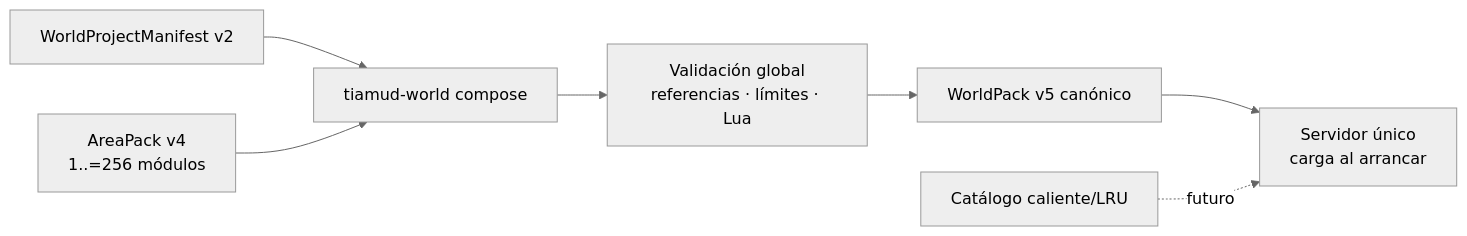
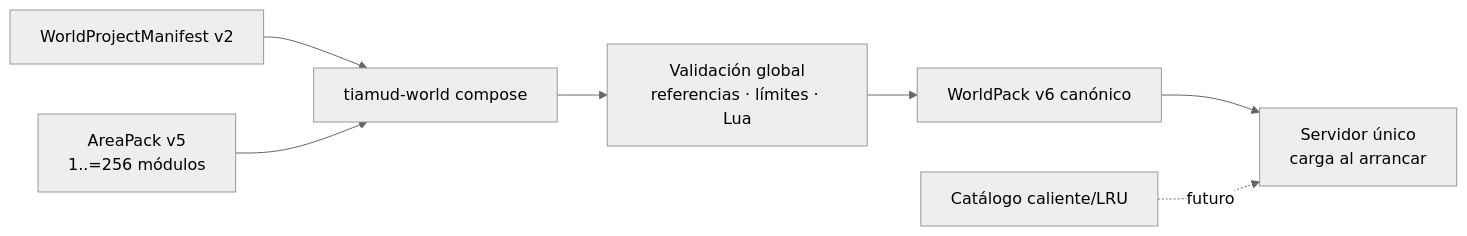
Before and after one commit to hyukudan/tiamud: the first of 2 diagrams in docs/world-authoring.md, drawn with Mermaid (neutral theme). The commit also changed other lines of this file and 46 other files, not shown here.

````diff
--- a/docs/world-authoring.md
+++ b/docs/world-authoring.md
@@ -31,12 +31,12 @@
 ```mermaid
 flowchart LR
     accTitle: Flujo vigente de autoría modular de Tiamud
     accDescr: Las áreas se componen y validan fuera de línea para producir un solo WorldPack canónico que el servidor carga al arrancar. No existe carga caliente.
 
     Project[WorldProjectManifest v2] --> Compose[tiamud-world compose]
-    Areas[AreaPack v4<br/>1..=256 módulos] --> Compose
+    Areas[AreaPack v5<br/>1..=256 módulos] --> Compose
     Compose --> Validate[Validación global<br/>referencias · límites · Lua]
-    Validate --> Artifact[WorldPack v5 canónico]
+    Validate --> Artifact[WorldPack v6 canónico]
     Artifact --> Server[Servidor único<br/>carga al arrancar]
     Hot[Catálogo caliente/LRU] -. futuro .-> Server
 ```
````
